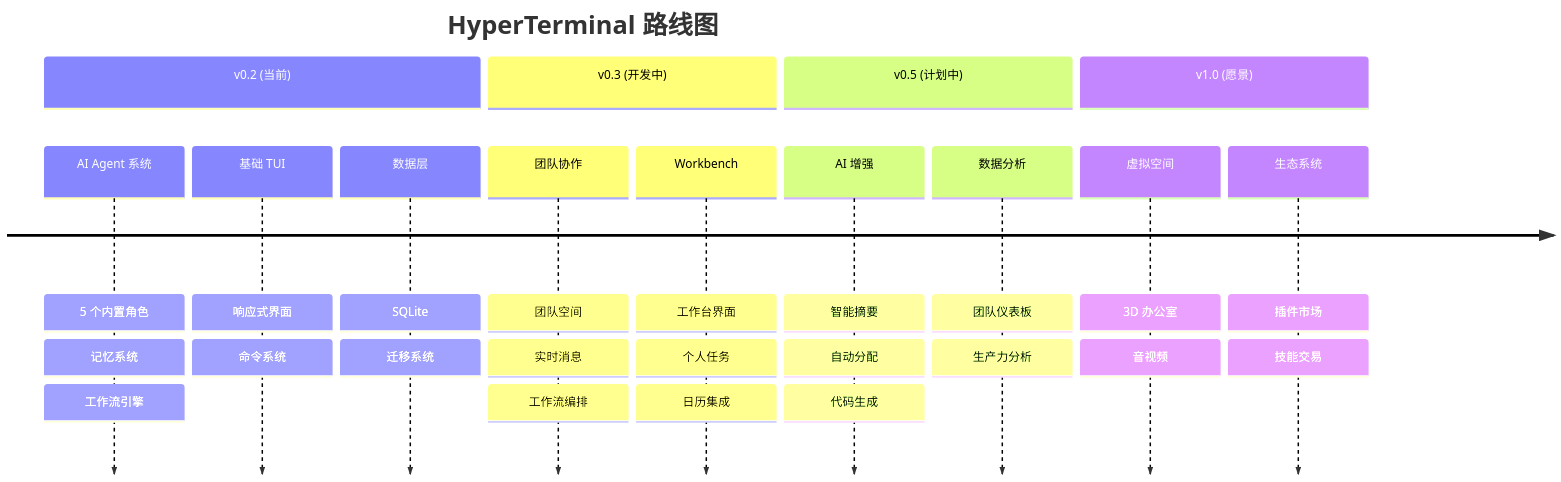
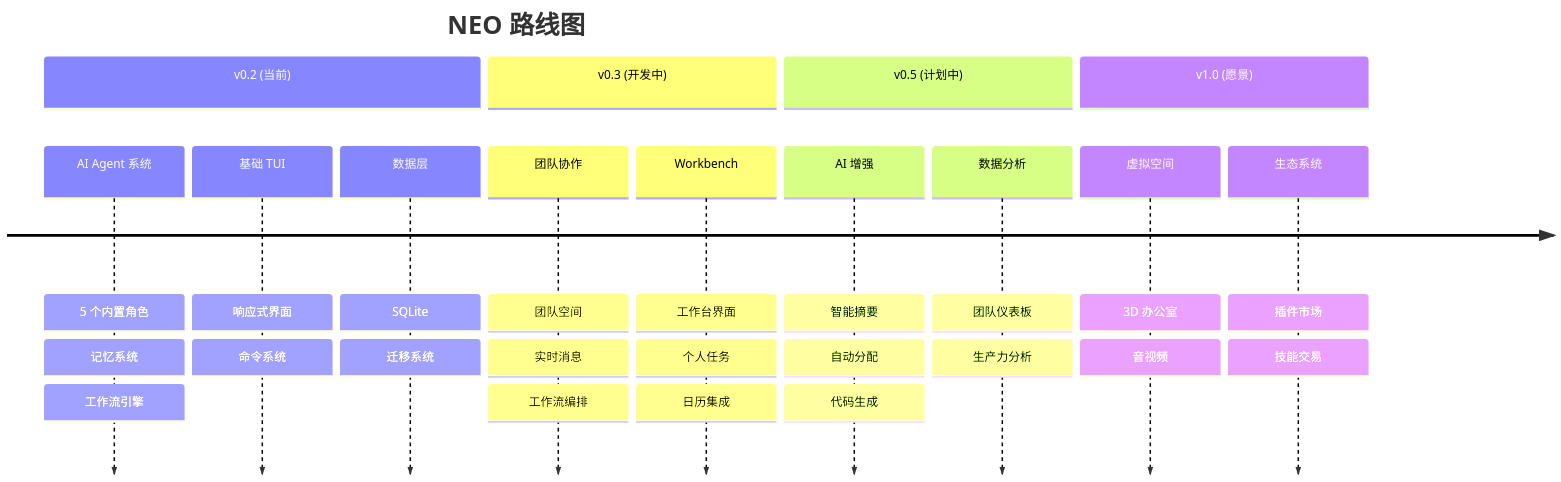
One commit to theneoai/modern-cli changed the diagram in FEATURES.md. Above: the diagram before and after it, drawn with Mermaid. The commit also changed other lines of this file and 13 other files, not shown here.

First line of the commit message:
fix: replace all HyperTerminal references with NEO across source files

````diff
--- a/FEATURES.md
+++ b/FEATURES.md
@@ -324,34 +324,34 @@
 ```mermaid
 timeline
-    title HyperTerminal 路线图
+    title NEO 路线图
     
     section v0.2 (当前)
         AI Agent 系统 : 5 个内置角色
                      : 记忆系统
                      : 工作流引擎
         基础 TUI     : 响应式界面
                      : 命令系统
         数据层       : SQLite
                      : 迁移系统
     
     section v0.3 (开发中)
         团队协作     : 团队空间
                      : 实时消息
                      : 工作流编排
         Workbench   : 工作台界面
                      : 个人任务
                      : 日历集成
     
     section v0.5 (计划中)
         AI 增强     : 智能摘要
                      : 自动分配
                      : 代码生成
         数据分析    : 团队仪表板
                      : 生产力分析
     
     section v1.0 (愿景)
         虚拟空间    : 3D 办公室
                      : 音视频
         生态系统    : 插件市场
                      : 技能交易
 ```
````
